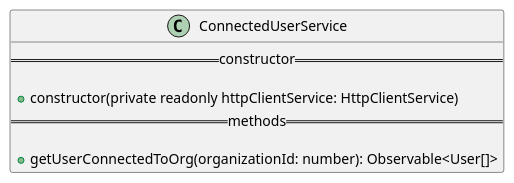
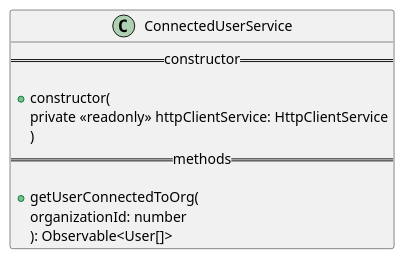
One commit to GruppOne/stalker-web-app changed the diagram in docs/diagrams/services/connected-userservice.pu. Above: the diagram before and after it, drawn with PlantUML. The commit also changed 12 other files, not shown here.

Commit message:
docs: add newlines to better rendering of diagrams

```diff
--- a/docs/diagrams/services/connected-userservice.pu
+++ b/docs/diagrams/services/connected-userservice.pu
@@ -1,11 +1,15 @@
 @startuml ConnectedUserService
 
 class ConnectedUserService {
   == constructor ==
 
-  + constructor(private readonly httpClientService: HttpClientService)
+  + constructor(
+    private <<readonly>> httpClientService: HttpClientService
+    )
   == methods ==
 
-  + getUserConnectedToOrg(organizationId: number): Observable<User[]>
+  + getUserConnectedToOrg(
+    organizationId: number
+    ): Observable<User[]>
 }
 @enduml
```
